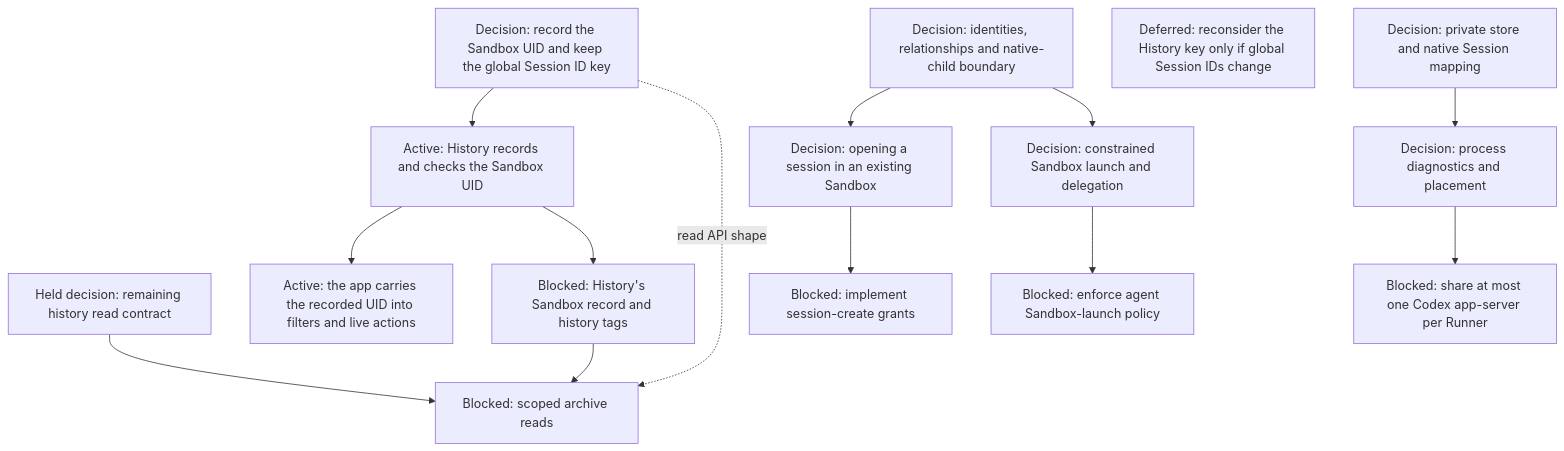
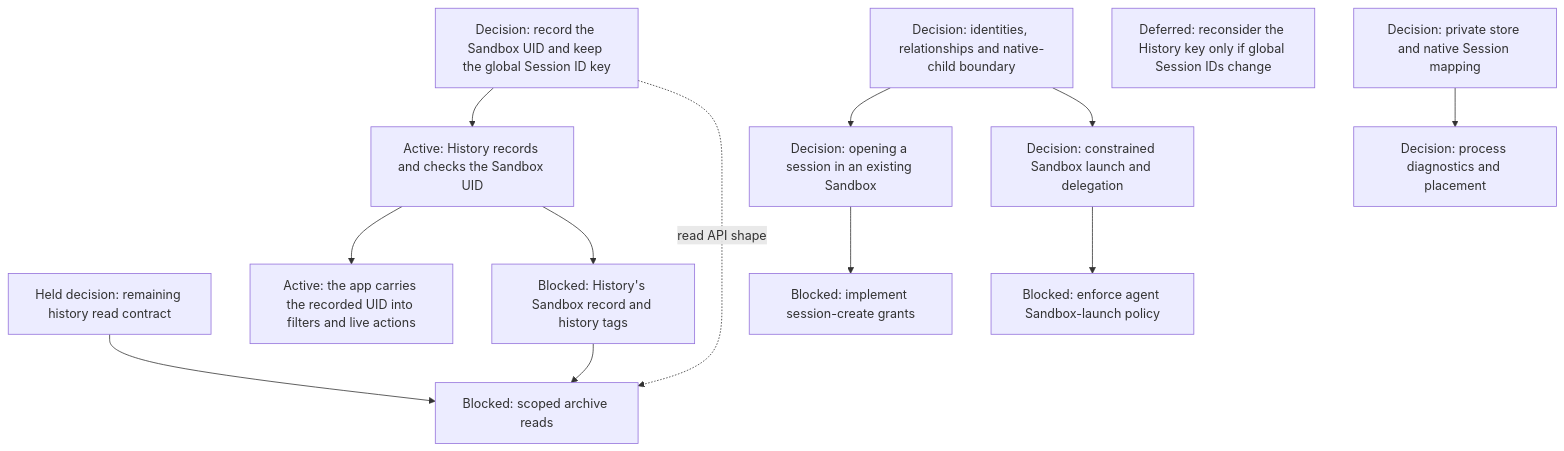
Before and after one commit to agentydragon-agent/ducktape: the sixth of 18 diagrams in agentplane/plans/task_dag.md, drawn with Mermaid. The commit also changed other lines of this file and 19 other files, not shown here.

First line of the commit message:
agentplane/runner: one Codex app-server per Runner for every Codex Session (#11853)

````diff
--- a/agentplane/plans/task_dag.md
+++ b/agentplane/plans/task_dag.md
@@ -300,29 +300,28 @@
 ```mermaid
 flowchart TD
     MULTIAGENT_MODEL[Decision: identities, relationships and native-child boundary]
     THREAD_READ_POLICY_DESIGN[Held decision: remaining history read contract]
     HISTORY_SANDBOX_RECORD[Blocked: History's Sandbox record and history tags]
     THREAD_READ_POLICY[Blocked: scoped archive reads]
     HISTORY_SESSION_KEY_DESIGN[Decision: record the Sandbox UID and keep the global Session ID key]
     HISTORY_SANDBOX_UID[Active: History records and checks the Sandbox UID]
     APP_THREAD_SANDBOX_UID[Active: the app carries the recorded UID into filters and live actions]
     HISTORY_SESSION_REKEY[Deferred: reconsider the History key only if global Session IDs change]
     THREAD_CREATE_POLICY[Decision: opening a session in an existing Sandbox]
     THREAD_CREATE_AUTHORIZATION[Blocked: implement session-create grants]
     AGENT_LAUNCH_POLICY_DESIGN[Decision: constrained Sandbox launch and delegation]
     AGENT_SANDBOX_LAUNCH[Blocked: enforce agent Sandbox-launch policy]
     MULTIAGENT_MODEL --> THREAD_CREATE_POLICY
     MULTIAGENT_MODEL --> AGENT_LAUNCH_POLICY_DESIGN
     THREAD_READ_POLICY_DESIGN --> THREAD_READ_POLICY
     HISTORY_SESSION_KEY_DESIGN --> HISTORY_SANDBOX_UID
     HISTORY_SESSION_KEY_DESIGN -. read API shape .-> THREAD_READ_POLICY
     HISTORY_SANDBOX_UID --> APP_THREAD_SANDBOX_UID
     HISTORY_SANDBOX_UID --> HISTORY_SANDBOX_RECORD
     HISTORY_SANDBOX_RECORD --> THREAD_READ_POLICY
     THREAD_CREATE_POLICY --> THREAD_CREATE_AUTHORIZATION
     AGENT_LAUNCH_POLICY_DESIGN --> AGENT_SANDBOX_LAUNCH
     RUNNER_HARNESS_OBJECTS_DESIGN[Decision: process diagnostics and placement]
     HARNESS_IDENTITY_DESIGN[Decision: private store and native Session mapping]
     HARNESS_IDENTITY_DESIGN --> RUNNER_HARNESS_OBJECTS_DESIGN
-    RUNNER_HARNESS_OBJECTS_DESIGN --> RUNNER_CODEX_SHARED_PROCESS[Blocked: share at most one Codex app-server per Runner]
 ```
````
